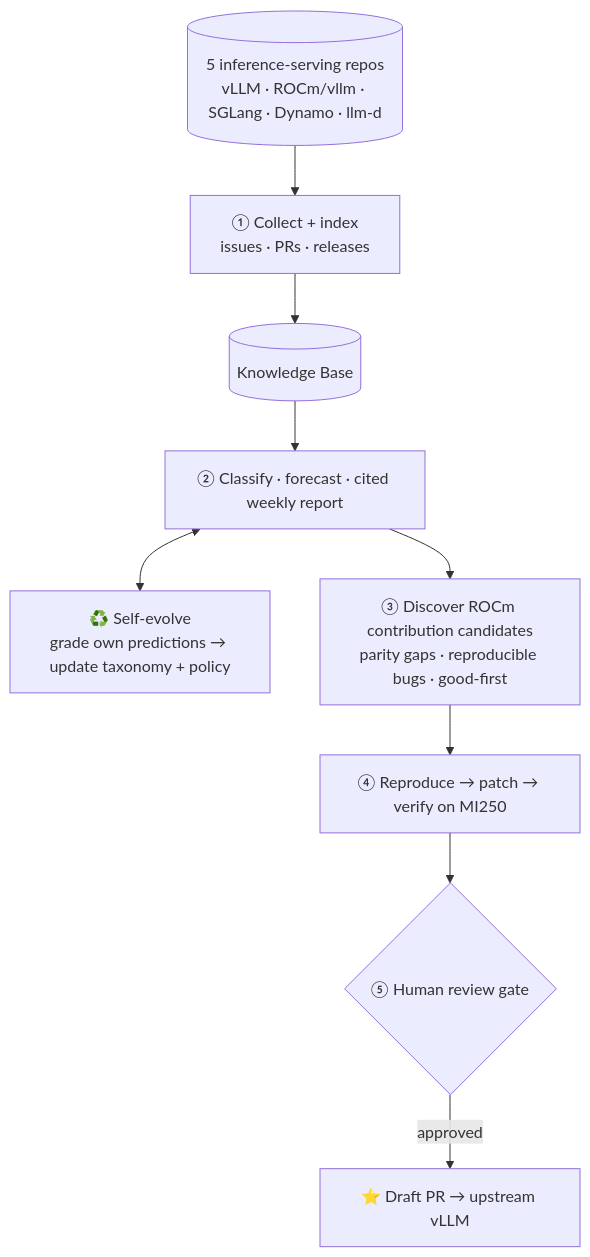
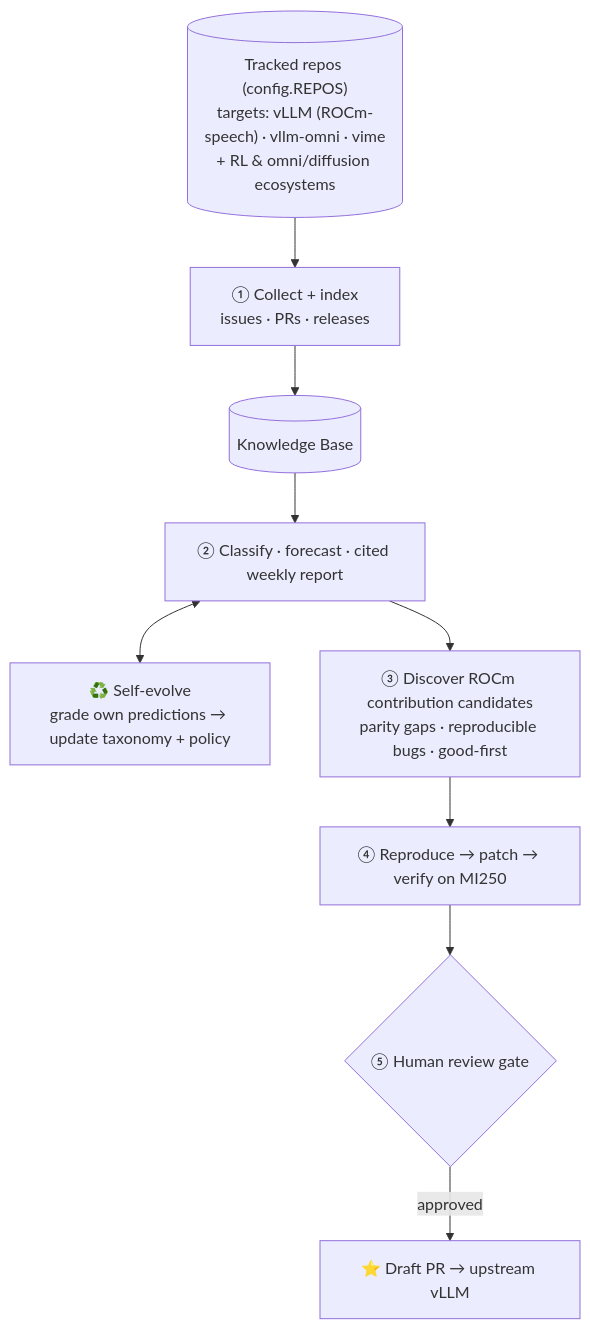
One commit to HAN-oQo/vllm-forager changed the diagram in README.md. Above: the diagram before and after it, drawn with Mermaid. The commit also changed 2 other files, not shown here.

Commit message:
docs: retarget rework plan (M3.9) + refresh strategy/diagrams/README to multi-domain
- DEVPLAN M3.9 (before M4): generalize parity off fork-vs-upstream + drop retired
  ROCm/vllm (T3.14); domain-aware taxonomy speech/rl/omni (T3.15); Scout ROCm∩speech
  boost + per-repo merge-velocity/edge signals (T3.16); per-role collection tuning for
  large source repos (T3.17); keep diagrams/README config-driven (T3.18).
- PLAN.md: rewrite repo weighting → multi-domain targets (vllm ROCm-speech, vllm-omni,
  vime) + RL/omni ecosystems; ROCm/vllm marked retired (ROCm is upstream first-class);
  refresh ASCII + Mermaid source nodes + parity engine list.
- README: "How it works" diagram source node updated to the new target/ecosystem set.

Follows the config retarget (PR #82). Do M3.9 before M4/M5 build on the data model.

````diff
--- a/README.md
+++ b/README.md
@@ -15,15 +15,15 @@
 ```mermaid
 flowchart TB
-  SRC[("5 inference-serving repos<br/>vLLM · ROCm/vllm · SGLang · Dynamo · llm-d")]
+  SRC[("Tracked repos (config.REPOS)<br/>targets: vLLM (ROCm-speech) · vllm-omni · vime<br/>+ RL & omni/diffusion ecosystems")]
   COL["① Collect + index<br/>issues · PRs · releases"]
   KB[("Knowledge Base")]
   INTEL["② Classify · forecast · cited weekly report"]
   EVO["♻️ Self-evolve<br/>grade own predictions → update taxonomy + policy"]
   DISC["③ Discover ROCm contribution candidates<br/>parity gaps · reproducible bugs · good-first"]
   ENG["④ Reproduce → patch → verify on MI250"]
   HG{"⑤ Human review gate"}
   PR["⭐ Draft PR → upstream vLLM"]
 
   SRC --> COL --> KB --> INTEL --> DISC --> ENG --> HG -->|"approved"| PR
   INTEL <--> EVO
 ```
````
